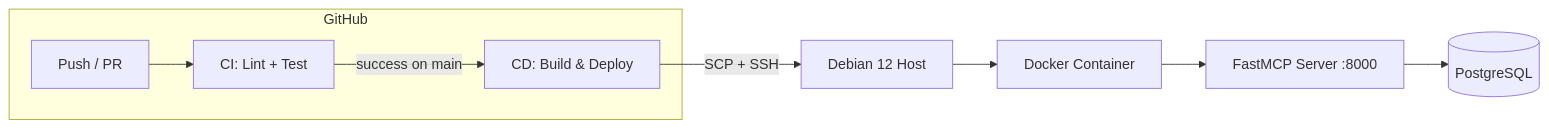
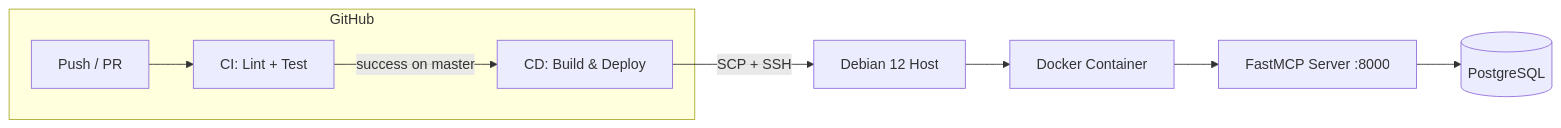
The diagram in README.md (SweetLiberty92/cicd_test), drawn with Mermaid before and after one commit. The commit also changed other lines of this file and 3 other files, not shown here.

````diff
--- a/README.md
+++ b/README.md
@@ -8,11 +8,11 @@
 ```mermaid
 flowchart LR
     subgraph GitHub
         PR[Push / PR] --> CI[CI: Lint + Test]
-        CI -->|success on main| CD[CD: Build & Deploy]
+        CI -->|success on master| CD[CD: Build & Deploy]
     end
     CD -->|SCP + SSH| Server[Debian 12 Host]
     Server --> Docker[Docker Container]
     Docker --> MCP[FastMCP Server :8000]
     MCP --> PG[(PostgreSQL)]
 ```
````
